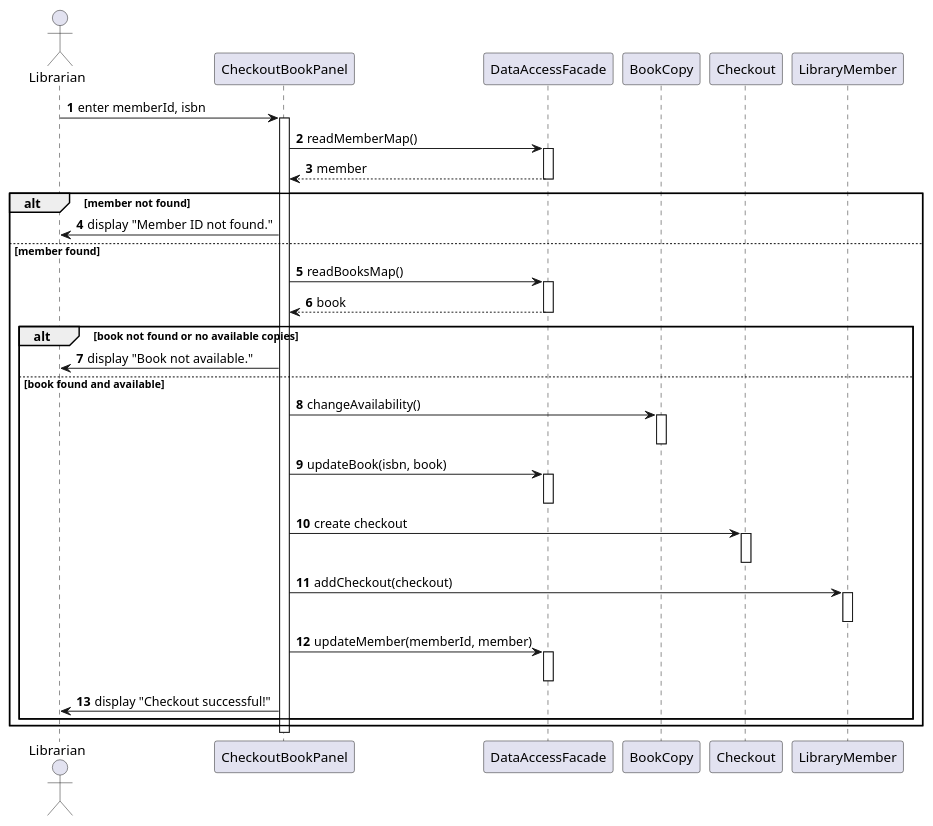
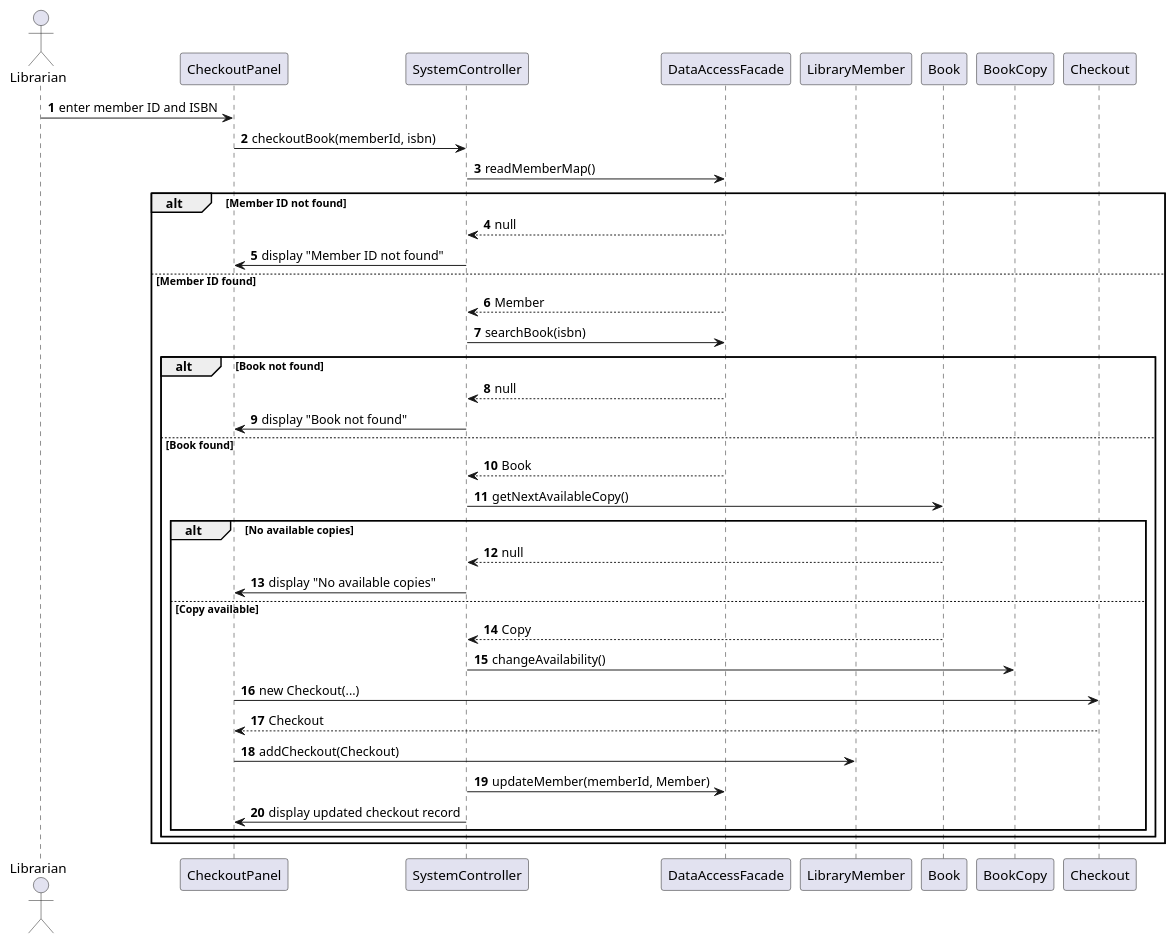
One commit to mohammed-almassri/LibraryGroupD changed the diagram in src/uml/seq3.puml. Above: the diagram before and after it, drawn with PlantUML. The commit also changed 3 other files, not shown here.

```diff
--- a/src/uml/seq3.puml
+++ b/src/uml/seq3.puml
@@ -1,51 +1,52 @@
 @startuml
 autonumber
 actor Librarian
 
-Librarian -> CheckoutBookPanel : enter memberId, isbn
-activate CheckoutBookPanel
+participant CheckoutPanel
 
-CheckoutBookPanel -> DataAccessFacade : readMemberMap()
-activate DataAccessFacade
-DataAccessFacade --> CheckoutBookPanel : member
+participant SystemController
 
-deactivate DataAccessFacade
+participant "DataAccessFacade" as DA
 
-alt member not found
-    CheckoutBookPanel -> Librarian : display "Member ID not found."
-else member found
-    CheckoutBookPanel -> DataAccessFacade : readBooksMap()
-    activate DataAccessFacade
-    DataAccessFacade --> CheckoutBookPanel : book
-    deactivate DataAccessFacade
-    
-    alt book not found or no available copies
-        CheckoutBookPanel -> Librarian : display "Book not available."
-    else book found and available
-        CheckoutBookPanel -> BookCopy : changeAvailability()
-        activate BookCopy
-        deactivate BookCopy
-        
-        CheckoutBookPanel -> DataAccessFacade : updateBook(isbn, book)
-        activate DataAccessFacade
-        deactivate DataAccessFacade
-        
-        CheckoutBookPanel -> Checkout : create checkout
-        activate Checkout
-        deactivate Checkout
-        
-        CheckoutBookPanel -> LibraryMember : addCheckout(checkout)
-        activate LibraryMember
-        deactivate LibraryMember
-        
-        CheckoutBookPanel -> DataAccessFacade : updateMember(memberId, member)
-        activate DataAccessFacade
-        deactivate DataAccessFacade
+participant "LibraryMember" as Member
 
-        CheckoutBookPanel -> Librarian : display "Checkout successful!"
+participant "Book" as Book
+
+participant "BookCopy" as Copy
+
+participant Checkout
+
+
+Librarian -> CheckoutPanel: enter member ID and ISBN
+
+CheckoutPanel -> SystemController: checkoutBook(memberId, isbn)
+
+SystemController -> DA: readMemberMap()
+alt Member ID not found
+    DA --> SystemController: null
+    SystemController -> CheckoutPanel: display "Member ID not found"
+else Member ID found
+    DA --> SystemController: Member
+    SystemController -> DA: searchBook(isbn)
+    alt Book not found
+        DA --> SystemController: null
+        SystemController -> CheckoutPanel: display "Book not found"
+    else Book found
+        DA --> SystemController: Book
+        SystemController -> Book: getNextAvailableCopy()
+        alt No available copies
+            Book --> SystemController: null
+            SystemController -> CheckoutPanel: display "No available copies"
+        else Copy available
+            Book --> SystemController: Copy
+            SystemController -> Copy: changeAvailability()
+            CheckoutPanel -> Checkout: new Checkout(...)
+            Checkout --> CheckoutPanel: Checkout
+            CheckoutPanel -> Member: addCheckout(Checkout)
+            SystemController -> DA: updateMember(memberId, Member)
+            SystemController -> CheckoutPanel: display updated checkout record
+        end
     end
 end
 
-deactivate CheckoutBookPanel
-
 @enduml
```
